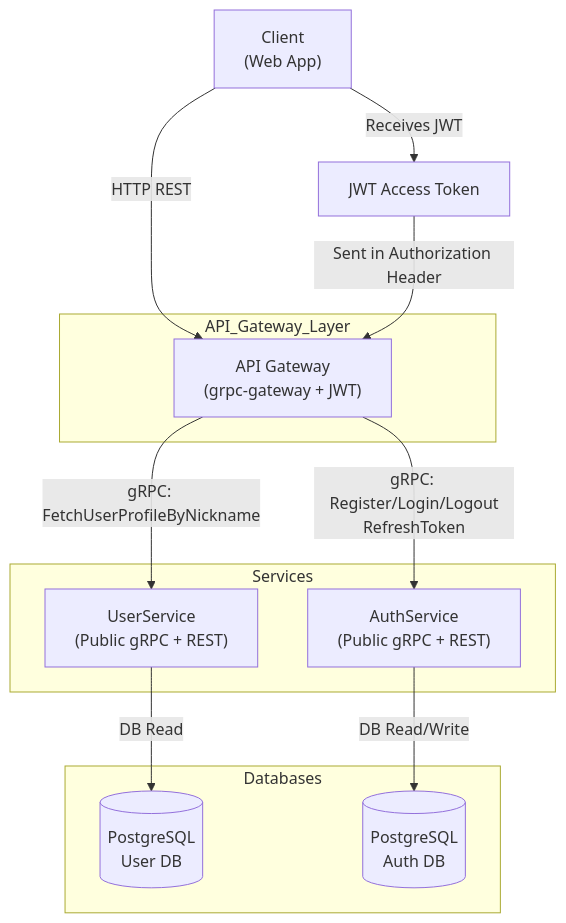
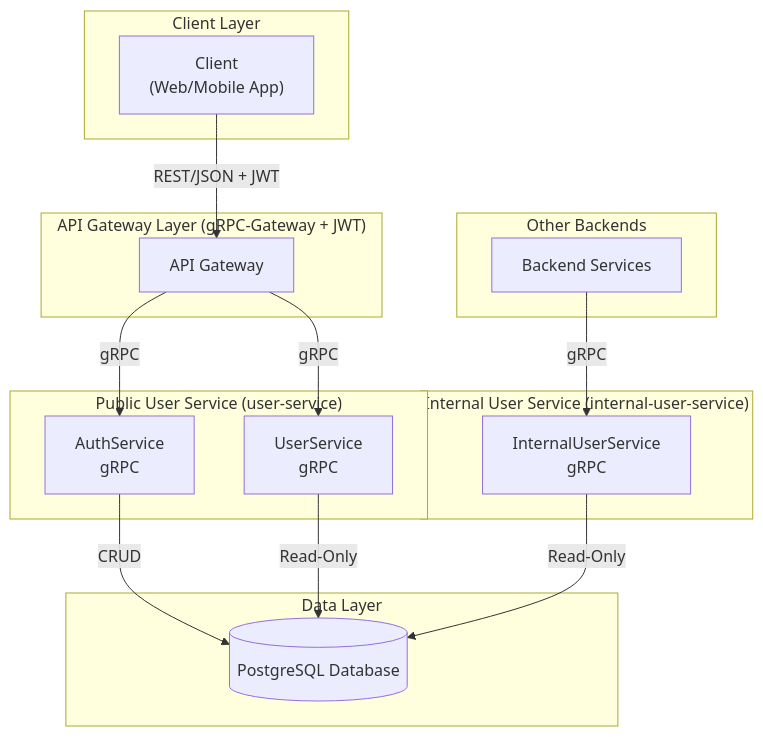
Before and after one commit to mamataliev-dev/social-platform: the diagram in services/user-service/README.md, drawn with Mermaid. The commit also changed other lines of this file and 45 other files, not shown here.

Commit message:
docs(user): enhance code and API documentation for UserService

````diff
--- a/services/user-service/README.md
+++ b/services/user-service/README.md
@@ -25,29 +38,37 @@
 ```mermaid
-graph TD
-  subgraph API_Gateway_Layer
-    Gateway["API Gateway<br/> (grpc-gateway + JWT)"]
+graph TB
+  subgraph "Client Layer"
+    C["Client\n(Web/Mobile App)"]
   end
 
-  subgraph Services
-    UserService["UserService<br/> (Public gRPC + REST)"]
-    AuthService["AuthService<br/> (Public gRPC + REST)"]
+  subgraph "API Gateway Layer (gRPC-Gateway + JWT)"
+    G["API Gateway"]
   end
 
-  subgraph Databases
-    UserDB[(PostgreSQL<br/> User DB)]
-    AuthDB[(PostgreSQL<br/> Auth DB)]
+  subgraph "Public User Service (user-service)"
+    A["AuthService\ngRPC"]
+    U["UserService\ngRPC"]
   end
 
-  Client["Client<br/> (Web App)"]
-  JWT["JWT Access Token"]
+  subgraph "Internal User Service (internal-user-service)"
+    I["InternalUserService\ngRPC"]
+  end
 
-  Client -->|HTTP REST| Gateway
-  Gateway -->|gRPC: FetchUserProfileByNickname| UserService
-  Gateway -->|gRPC: Register/Login/Logout<br/>RefreshToken| AuthService
+  subgraph "Other Backends"
+    B["Backend Services"]
+  end
 
-  UserService -->|DB Read| UserDB
-  AuthService -->|DB Read/Write| AuthDB
+  subgraph "Data Layer"
+    DB[(PostgreSQL Database)]
+  end
 
-  Client -->|Receives JWT| JWT
-  JWT -->|Sent in Authorization Header| Gateway
+  C -->|REST/JSON + JWT| G
+  G -->|gRPC| A
+  G -->|gRPC| U
+
+  A -->|CRUD| DB
+  U -->|Read-Only| DB
+
+  B -->|gRPC| I
+  I -->|Read-Only| DB
 ```
````
